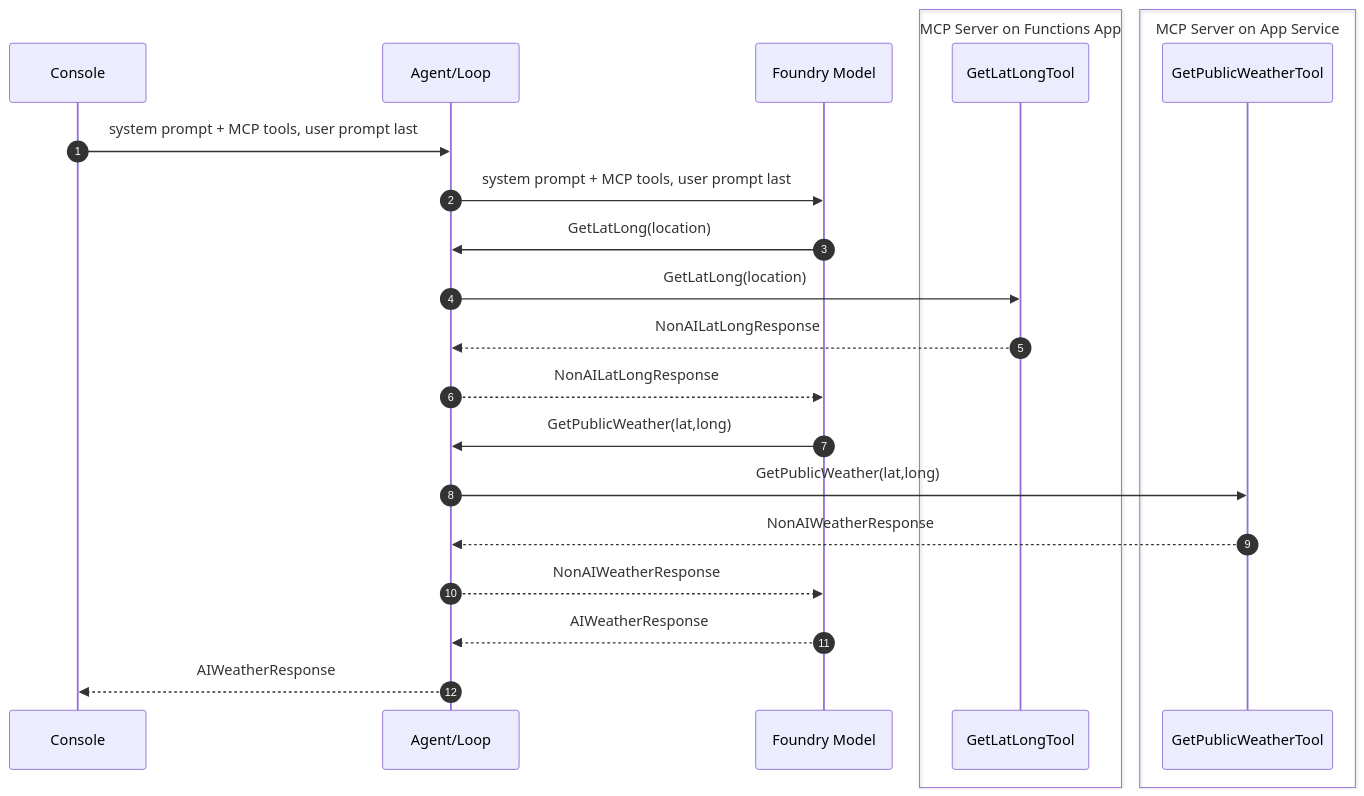
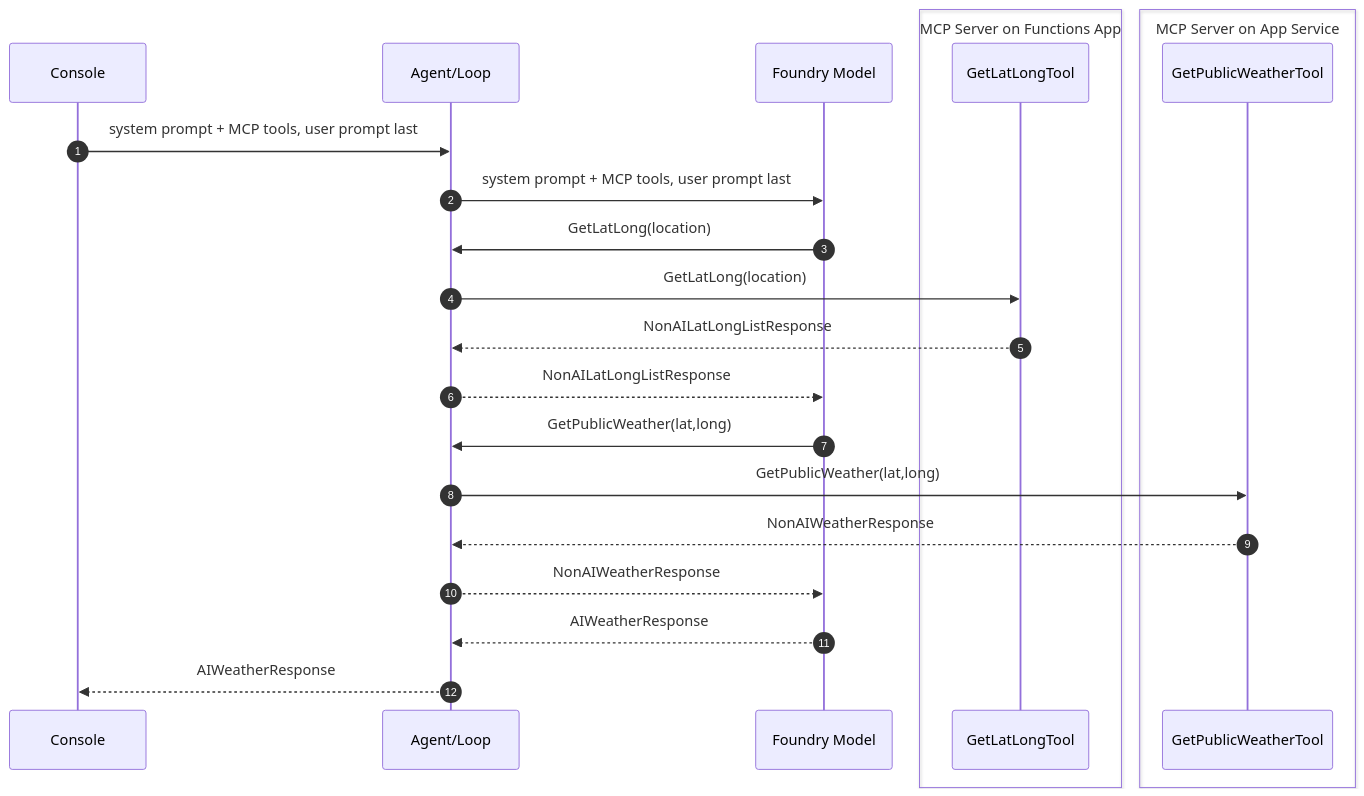
Before and after one commit to dustinkorzaan/weather-1116: the sixth of 8 diagrams in docs/4-demystifying-foundry-agents-mcp/demystifying-foundry-agents-mcp.md, drawn with Mermaid. The commit also changed other lines of this file and 18 other files, not shown here.

First line of the commit message:
Return ranked top-N geocoding matches from GetLatLongData (#163)

````diff
--- a/docs/4-demystifying-foundry-agents-mcp/demystifying-foundry-agents-mcp.md
+++ b/docs/4-demystifying-foundry-agents-mcp/demystifying-foundry-agents-mcp.md
@@ -158,26 +158,26 @@
   ```mermaid
   sequenceDiagram
       autonumber
       participant Console
       participant AppLoop as Agent/Loop
       participant Model as Foundry Model
       box MCP Server on Functions App
           participant GetLatLongTool
       end
       box MCP Server on App Service
           participant GetPublicWeatherTool
       end
 
       Console->>AppLoop: system prompt + MCP tools, user prompt last
       AppLoop->>Model: system prompt + MCP tools, user prompt last
       Model->>AppLoop: GetLatLong(location)
       AppLoop->>GetLatLongTool: GetLatLong(location)
-      GetLatLongTool-->>AppLoop: NonAILatLongResponse
-      AppLoop-->>Model: NonAILatLongResponse
+      GetLatLongTool-->>AppLoop: NonAILatLongListResponse
+      AppLoop-->>Model: NonAILatLongListResponse
       Model->>AppLoop: GetPublicWeather(lat,long)
       AppLoop->>GetPublicWeatherTool: GetPublicWeather(lat,long)
       GetPublicWeatherTool-->>AppLoop: NonAIWeatherResponse
       AppLoop-->>Model: NonAIWeatherResponse
       Model-->>AppLoop: AIWeatherResponse
       AppLoop-->>Console: AIWeatherResponse
   ```
````
